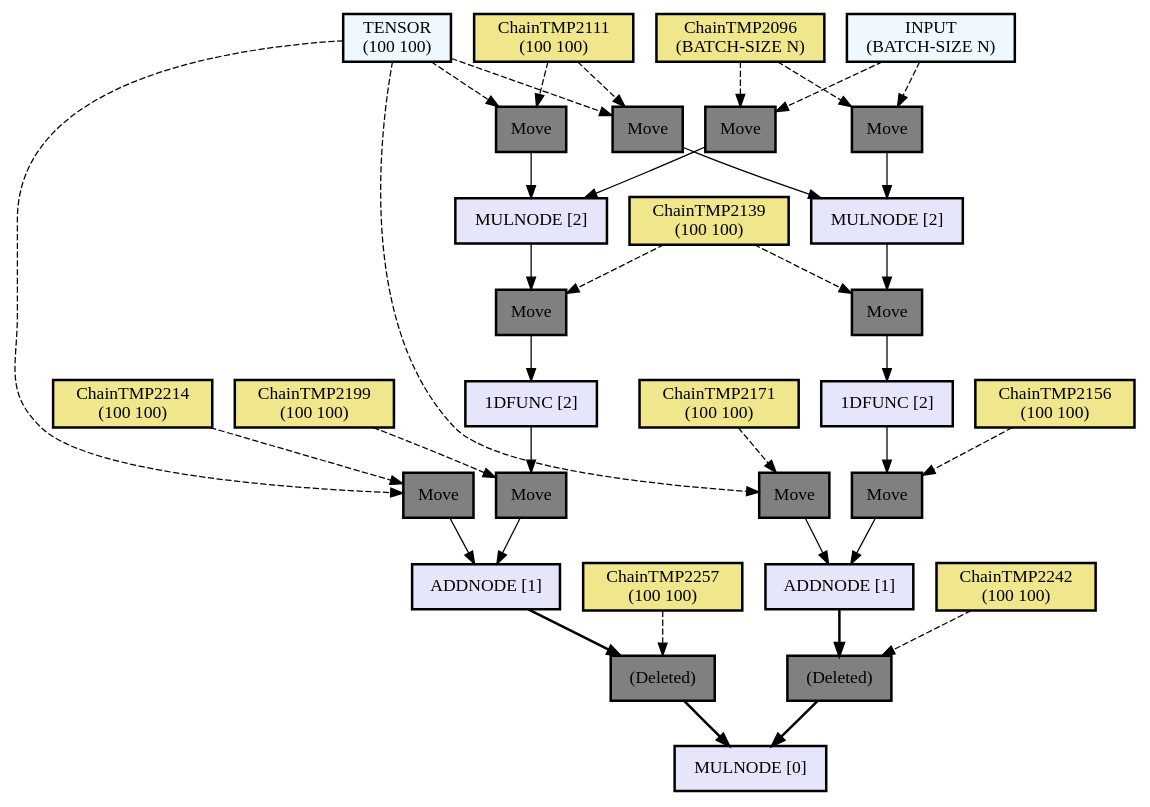
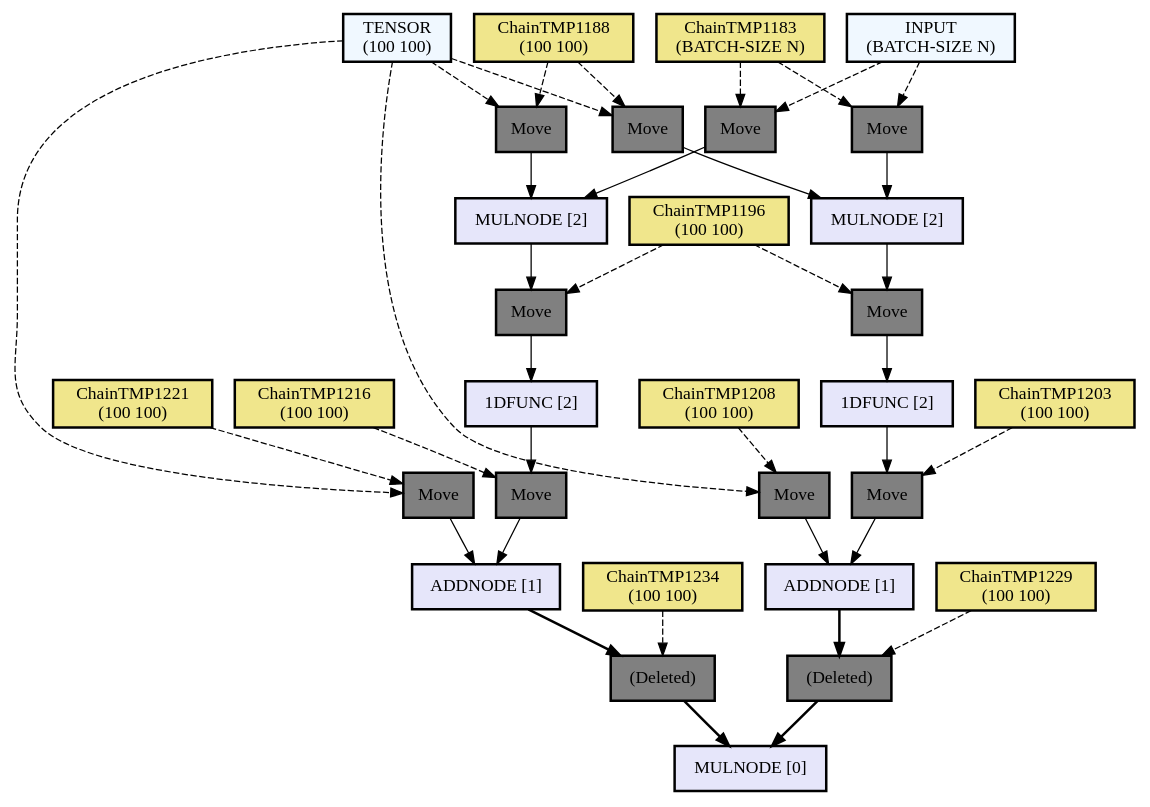
One commit to hikettei/cl-waffe2 changed the diagram in assets/out2.dot. Above: the diagram before and after it, drawn with Graphviz. The commit also changed 10 other files, not shown here.

```diff
--- a/assets/out2.dot
+++ b/assets/out2.dot
@@ -1,94 +1,94 @@
 digraph computation_node {
   node[shape="box" style="filled" color="black" penwidth="2"];
   TENSOR [label = "TENSOR
 (100 100)" fillcolor="#f0f8ff" style="filled, solid"];
-  ChainTMP2214 [label = "ChainTMP2214
+  ChainTMP1221 [label = "ChainTMP1221
 (100 100)" fillcolor="#f0e68c" style="filled, solid"];
-  NODE2406 [label = "Move" fillcolor="gray" style="filled, solid"];
+  NODE1303 [label = "Move" fillcolor="gray" style="filled, solid"];
   TENSOR [label = "TENSOR
 (100 100)" fillcolor="#f0f8ff" style="filled, solid"];
-  ChainTMP2111 [label = "ChainTMP2111
+  ChainTMP1188 [label = "ChainTMP1188
 (100 100)" fillcolor="#f0e68c" style="filled, solid"];
-  NODE2403 [label = "Move" fillcolor="gray" style="filled, solid"];
+  NODE1300 [label = "Move" fillcolor="gray" style="filled, solid"];
   INPUT [label = "INPUT
 (BATCH-SIZE N)" fillcolor="#f0f8ff" style="filled, solid"];
-  ChainTMP2096 [label = "ChainTMP2096
+  ChainTMP1183 [label = "ChainTMP1183
 (BATCH-SIZE N)" fillcolor="#f0e68c" style="filled, solid"];
-  NODE2400 [label = "Move" fillcolor="gray" style="filled, solid"];
-  NODE2399 [label = "MULNODE [2]" fillcolor="#e6e6fa" style="filled, solid"];
-  ChainTMP2139 [label = "ChainTMP2139
+  NODE1297 [label = "Move" fillcolor="gray" style="filled, solid"];
+  NODE1296 [label = "MULNODE [2]" fillcolor="#e6e6fa" style="filled, solid"];
+  ChainTMP1196 [label = "ChainTMP1196
 (100 100)" fillcolor="#f0e68c" style="filled, solid"];
-  NODE2397 [label = "Move" fillcolor="gray" style="filled, solid"];
-  NODE2396 [label = "1DFUNC [2]" fillcolor="#e6e6fa" style="filled, solid"];
-  ChainTMP2199 [label = "ChainTMP2199
+  NODE1294 [label = "Move" fillcolor="gray" style="filled, solid"];
+  NODE1293 [label = "1DFUNC [2]" fillcolor="#e6e6fa" style="filled, solid"];
+  ChainTMP1216 [label = "ChainTMP1216
 (100 100)" fillcolor="#f0e68c" style="filled, solid"];
-  NODE2394 [label = "Move" fillcolor="gray" style="filled, solid"];
-  NODE2393 [label = "ADDNODE [1]" fillcolor="#e6e6fa" style="filled, solid"];
-  ChainTMP2257 [label = "ChainTMP2257
+  NODE1291 [label = "Move" fillcolor="gray" style="filled, solid"];
+  NODE1290 [label = "ADDNODE [1]" fillcolor="#e6e6fa" style="filled, solid"];
+  ChainTMP1234 [label = "ChainTMP1234
 (100 100)" fillcolor="#f0e68c" style="filled, solid"];
-  NODE2391 [label = "(Deleted)" fillcolor="gray" style="filled, solid"];
+  NODE1288 [label = "(Deleted)" fillcolor="gray" style="filled, solid"];
   TENSOR [label = "TENSOR
 (100 100)" fillcolor="#f0f8ff" style="filled, solid"];
-  ChainTMP2171 [label = "ChainTMP2171
+  ChainTMP1208 [label = "ChainTMP1208
 (100 100)" fillcolor="#f0e68c" style="filled, solid"];
-  NODE2388 [label = "Move" fillcolor="gray" style="filled, solid"];
+  NODE1285 [label = "Move" fillcolor="gray" style="filled, solid"];
   TENSOR [label = "TENSOR
 (100 100)" fillcolor="#f0f8ff" style="filled, solid"];
-  ChainTMP2111 [label = "ChainTMP2111
+  ChainTMP1188 [label = "ChainTMP1188
 (100 100)" fillcolor="#f0e68c" style="filled, solid"];
-  NODE2385 [label = "Move" fillcolor="gray" style="filled, solid"];
+  NODE1282 [label = "Move" fillcolor="gray" style="filled, solid"];
   INPUT [label = "INPUT
 (BATCH-SIZE N)" fillcolor="#f0f8ff" style="filled, solid"];
-  ChainTMP2096 [label = "ChainTMP2096
+  ChainTMP1183 [label = "ChainTMP1183
 (BATCH-SIZE N)" fillcolor="#f0e68c" style="filled, solid"];
-  NODE2382 [label = "Move" fillcolor="gray" style="filled, solid"];
-  NODE2381 [label = "MULNODE [2]" fillcolor="#e6e6fa" style="filled, solid"];
-  ChainTMP2139 [label = "ChainTMP2139
+  NODE1279 [label = "Move" fillcolor="gray" style="filled, solid"];
+  NODE1278 [label = "MULNODE [2]" fillcolor="#e6e6fa" style="filled, solid"];
+  ChainTMP1196 [label = "ChainTMP1196
 (100 100)" fillcolor="#f0e68c" style="filled, solid"];
-  NODE2379 [label = "Move" fillcolor="gray" style="filled, solid"];
-  NODE2378 [label = "1DFUNC [2]" fillcolor="#e6e6fa" style="filled, solid"];
-  ChainTMP2156 [label = "ChainTMP2156
+  NODE1276 [label = "Move" fillcolor="gray" style="filled, solid"];
+  NODE1275 [label = "1DFUNC [2]" fillcolor="#e6e6fa" style="filled, solid"];
+  ChainTMP1203 [label = "ChainTMP1203
 (100 100)" fillcolor="#f0e68c" style="filled, solid"];
-  NODE2376 [label = "Move" fillcolor="gray" style="filled, solid"];
-  NODE2375 [label = "ADDNODE [1]" fillcolor="#e6e6fa" style="filled, solid"];
-  ChainTMP2242 [label = "ChainTMP2242
+  NODE1273 [label = "Move" fillcolor="gray" style="filled, solid"];
+  NODE1272 [label = "ADDNODE [1]" fillcolor="#e6e6fa" style="filled, solid"];
+  ChainTMP1229 [label = "ChainTMP1229
 (100 100)" fillcolor="#f0e68c" style="filled, solid"];
-  NODE2373 [label = "(Deleted)" fillcolor="gray" style="filled, solid"];
-  NODE2372 [label = "MULNODE [0]" fillcolor="#e6e6fa" style="filled, solid"];
-  NODE2373 -> NODE2372[penwidth="2"];
-  ChainTMP2242 -> NODE2373[style="dashed"];
-  NODE2375 -> NODE2373[penwidth="2"];
-  NODE2376 -> NODE2375[weight=10];
-  ChainTMP2156 -> NODE2376[style="dashed"];
-  NODE2378 -> NODE2376[weight=10];
-  NODE2379 -> NODE2378[weight=10];
-  ChainTMP2139 -> NODE2379[style="dashed"];
-  NODE2381 -> NODE2379[weight=10];
-  NODE2382 -> NODE2381[weight=10];
-  ChainTMP2096 -> NODE2382[style="dashed"];
-  INPUT -> NODE2382[style="dashed"];
-  NODE2385 -> NODE2381[weight=10];
-  ChainTMP2111 -> NODE2385[style="dashed"];
-  TENSOR -> NODE2385[style="dashed"];
-  NODE2388 -> NODE2375[weight=10];
-  ChainTMP2171 -> NODE2388[style="dashed"];
-  TENSOR -> NODE2388[style="dashed"];
-  NODE2391 -> NODE2372[penwidth="2"];
-  ChainTMP2257 -> NODE2391[style="dashed"];
-  NODE2393 -> NODE2391[penwidth="2"];
-  NODE2394 -> NODE2393[weight=10];
-  ChainTMP2199 -> NODE2394[style="dashed"];
-  NODE2396 -> NODE2394[weight=10];
-  NODE2397 -> NODE2396[weight=10];
-  ChainTMP2139 -> NODE2397[style="dashed"];
-  NODE2399 -> NODE2397[weight=10];
-  NODE2400 -> NODE2399[weight=10];
-  ChainTMP2096 -> NODE2400[style="dashed"];
-  INPUT -> NODE2400[style="dashed"];
-  NODE2403 -> NODE2399[weight=10];
-  ChainTMP2111 -> NODE2403[style="dashed"];
-  TENSOR -> NODE2403[style="dashed"];
-  NODE2406 -> NODE2393[weight=10];
-  ChainTMP2214 -> NODE2406[style="dashed"];
-  TENSOR -> NODE2406[style="dashed"];
+  NODE1270 [label = "(Deleted)" fillcolor="gray" style="filled, solid"];
+  NODE1269 [label = "MULNODE [0]" fillcolor="#e6e6fa" style="filled, solid"];
+  NODE1270 -> NODE1269[penwidth="2"];
+  ChainTMP1229 -> NODE1270[style="dashed"];
+  NODE1272 -> NODE1270[penwidth="2"];
+  NODE1273 -> NODE1272[weight=10];
+  ChainTMP1203 -> NODE1273[style="dashed"];
+  NODE1275 -> NODE1273[weight=10];
+  NODE1276 -> NODE1275[weight=10];
+  ChainTMP1196 -> NODE1276[style="dashed"];
+  NODE1278 -> NODE1276[weight=10];
+  NODE1279 -> NODE1278[weight=10];
+  ChainTMP1183 -> NODE1279[style="dashed"];
+  INPUT -> NODE1279[style="dashed"];
+  NODE1282 -> NODE1278[weight=10];
+  ChainTMP1188 -> NODE1282[style="dashed"];
+  TENSOR -> NODE1282[style="dashed"];
+  NODE1285 -> NODE1272[weight=10];
+  ChainTMP1208 -> NODE1285[style="dashed"];
+  TENSOR -> NODE1285[style="dashed"];
+  NODE1288 -> NODE1269[penwidth="2"];
+  ChainTMP1234 -> NODE1288[style="dashed"];
+  NODE1290 -> NODE1288[penwidth="2"];
+  NODE1291 -> NODE1290[weight=10];
+  ChainTMP1216 -> NODE1291[style="dashed"];
+  NODE1293 -> NODE1291[weight=10];
+  NODE1294 -> NODE1293[weight=10];
+  ChainTMP1196 -> NODE1294[style="dashed"];
+  NODE1296 -> NODE1294[weight=10];
+  NODE1297 -> NODE1296[weight=10];
+  ChainTMP1183 -> NODE1297[style="dashed"];
+  INPUT -> NODE1297[style="dashed"];
+  NODE1300 -> NODE1296[weight=10];
+  ChainTMP1188 -> NODE1300[style="dashed"];
+  TENSOR -> NODE1300[style="dashed"];
+  NODE1303 -> NODE1290[weight=10];
+  ChainTMP1221 -> NODE1303[style="dashed"];
+  TENSOR -> NODE1303[style="dashed"];
 }
```
